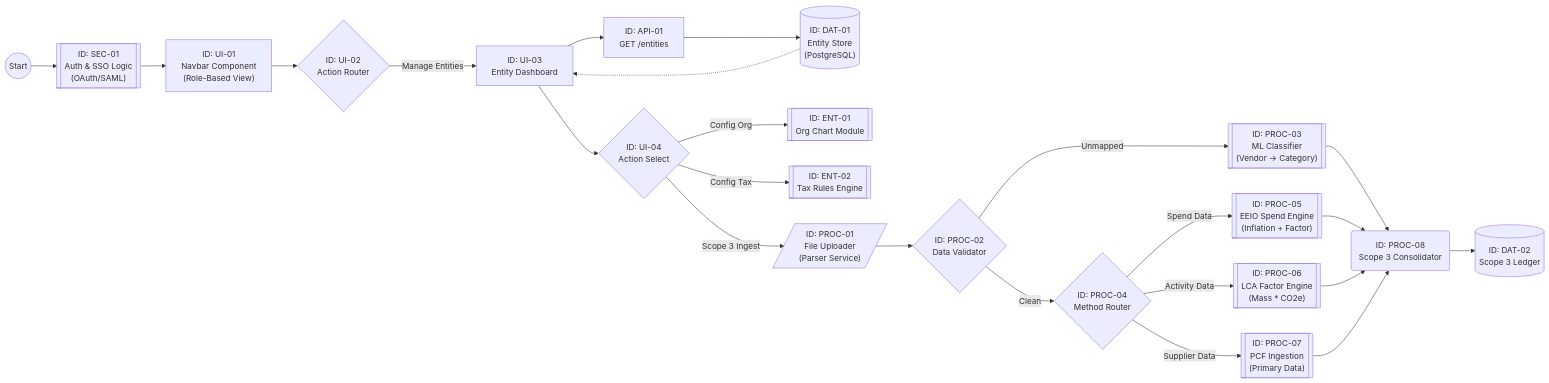
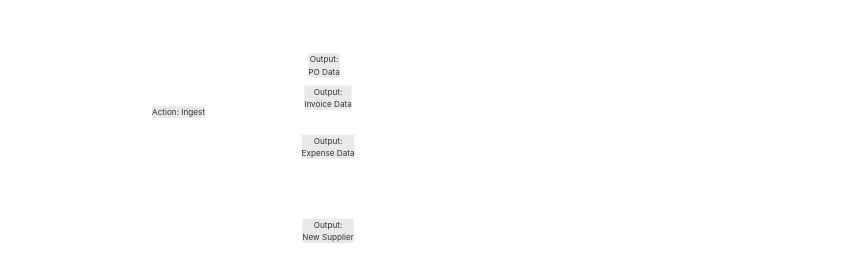
Before and after one commit to NeilWP/SUSTINA_CAB: the first of 2 diagrams in 003 DETAILED SPECIFICATIONS IS09001/P- Procurement/P- Procurement Master Workflow.md, drawn with Mermaid. The commit also changed other lines of this file, not shown here.

Commit message:
Update P- Procurement Master Workflow.md

````diff
--- a/003 DETAILED SPECIFICATIONS IS09001/P- Procurement/P- Procurement Master Workflow.md
+++ b/003 DETAILED SPECIFICATIONS IS09001/P- Procurement/P- Procurement Master Workflow.md
@@ -21,51 +21,62 @@
 ```mermaid
 flowchart LR
-    %% ==========================================
-    %% SYSTEM ENTRY & SECURITY LAYER
-    %% ==========================================
-    START((Start)) --> SEC_01[["ID: SEC-01<br/>Auth & SSO Logic<br/>(OAuth/SAML)"]]
+    %% =======================================================
+    %% STYLING: HIGH CONTRAST WIREFRAME
+    %% =======================================================
+    classDef nodeStyle fill:none,stroke:#ffffff,stroke-width:2px,color:#ffffff;
+    classDef dbStyle fill:none,stroke:#ffffff,stroke-width:2px,stroke-dasharray: 2 2,color:#ffffff;
+    linkStyle default stroke:#ffffff,stroke-width:2px;
+
+    %% =======================================================
+    %% 1. ENTRY
+    %% =======================================================
+    START((Start)) --> UI_04{"ID: UI-04<br/>Action Hub"}
+
+    %% =======================================================
+    %% 2. INGESTION (THE SOURCE)
+    %% =======================================================
+    UI_04 -- "Action: Ingest" --> PROC_01
     
-    SEC_01 --> UI_01["ID: UI-01<br/>Navbar Component<br/>(Role-Based View)"]
+    PROC_01[["ID: PROC-01<br/>Ingestion<br/>(File / Manual)"]]
+
+    %% =======================================================
+    %% 3. THE OUTPUTS (Branching)
+    %% =======================================================
     
-    UI_01 --> UI_02{"ID: UI-02<br/>Action Router"}
+    %% Output A: It's a New Supplier -> Send to MDM
+    PROC_01 -- "Output:<br/>New Supplier" --> PROC_21[["ID: PROC-21<br/>Upsert Supplier"]]
+    
+    %% Output B: It's a PO -> Send to Audit
+    PROC_01 -- "Output:<br/>PO Data" --> PROC_09[["ID: PROC-09<br/>PO Analyzer"]]
 
-    %% ==========================================
-    %% ENTITY MANAGEMENT (CORE)
-    %% ==========================================
-    UI_02 -- "Manage Entities" --> UI_03["ID: UI-03<br/>Entity Dashboard"]
+    %% Output C: It's an Invoice -> Send to Audit
+    PROC_01 -- "Output:<br/>Invoice Data" --> PROC_10[["ID: PROC-10<br/>Inv Analyzer"]]
+
+    %% Output D: It's an Expense -> Send to Audit
+    PROC_01 -- "Output:<br/>Expense Data" --> PROC_11[["ID: PROC-11<br/>Exp Analyzer"]]
+
+    %% =======================================================
+    %% 4. DOWNSTREAM PROCESSING
+    %% =======================================================
     
-    UI_03 --> API_01["ID: API-01<br/>GET /entities"]
-    API_01 --> DAT_01[("ID: DAT-01<br/>Entity Store<br/>(PostgreSQL)")]
-    DAT_01 -.-> UI_03
+    %% Supplier MDM Storage
+    PROC_21 --> DAT_SUP[("ID: DAT-SUP<br/>Supplier DB")]
+    
+    subgraph PROC_ENGINE [Audit Engine]
+        direction LR
+        %% Analyzers feed Intelligence
+        PROC_09 & PROC_10 & PROC_11 --> PROC_03[["ID: PROC-03<br/>ML Classifier"]]
+        
+        %% Intelligence feeds Ledger
+        PROC_03 --> PROC_08[["ID: PROC-08<br/>Ledger Write"]]
+        PROC_08 --> DAT_02[("ID: DAT-02<br/>S3 Ledger")]
+    end
 
-    %% ==========================================
-    %% ACTION HUB
-    %% ==========================================
-    UI_03 --> UI_04{"ID: UI-04<br/>Action Select"}
-
-    %% ADMIN BRANCH
-    UI_04 -- "Config Org" --> ENT_01[["ID: ENT-01<br/>Org Chart Module"]]
-    UI_04 -- "Config Tax" --> ENT_02[["ID: ENT-02<br/>Tax Rules Engine"]]
+    %% =======================================================
+    %% STYLES
+    %% =======================================================
+    class START,UI_04,PROC_01,PROC_21,PROC_09,PROC_10,PROC_11,PROC_03,PROC_08 nodeStyle;
+    class DAT_SUP,DAT_02 dbStyle;
     
-    %% ==========================================
-    %% THE PROCUREMENT AUDIT BRANCH (Detailed)
-    %% ==========================================
-    UI_04 -- "Scope 3 Ingest" --> PROC_01[/"ID: PROC-01<br/>File Uploader<br/>(Parser Service)"/]
-
-    PROC_01 --> PROC_02{"ID: PROC-02<br/>Data Validator"}
-
-    %% PROC AI MAPPING
-    PROC_02 -- "Unmapped" --> PROC_03[["ID: PROC-03<br/>ML Classifier<br/>(Vendor -> Category)"]]
-    
-    %% PROC CALCULATION ENGINES
-    PROC_02 -- "Clean" --> PROC_04{"ID: PROC-04<br/>Method Router"}
-
-    PROC_04 -- "Spend Data" --> PROC_05[["ID: PROC-05<br/>EEIO Spend Engine<br/>(Inflation + Factor)"]]
-    PROC_04 -- "Activity Data" --> PROC_06[["ID: PROC-06<br/>LCA Factor Engine<br/>(Mass * CO2e)"]]
-    PROC_04 -- "Supplier Data" --> PROC_07[["ID: PROC-07<br/>PCF Ingestion<br/>(Primary Data)"]]
-
-    %% CONSOLIDATION
-    PROC_03 & PROC_05 & PROC_06 & PROC_07 --> PROC_08("ID: PROC-08<br/>Scope 3 Consolidator")
-    
-    PROC_08 --> DAT_02[("ID: DAT-02<br/>Scope 3 Ledger")]
+    style PROC_ENGINE fill:none,stroke:#ffffff,stroke-width:1px,color:#ffffff,stroke-dasharray: 5 5
 ```
````
